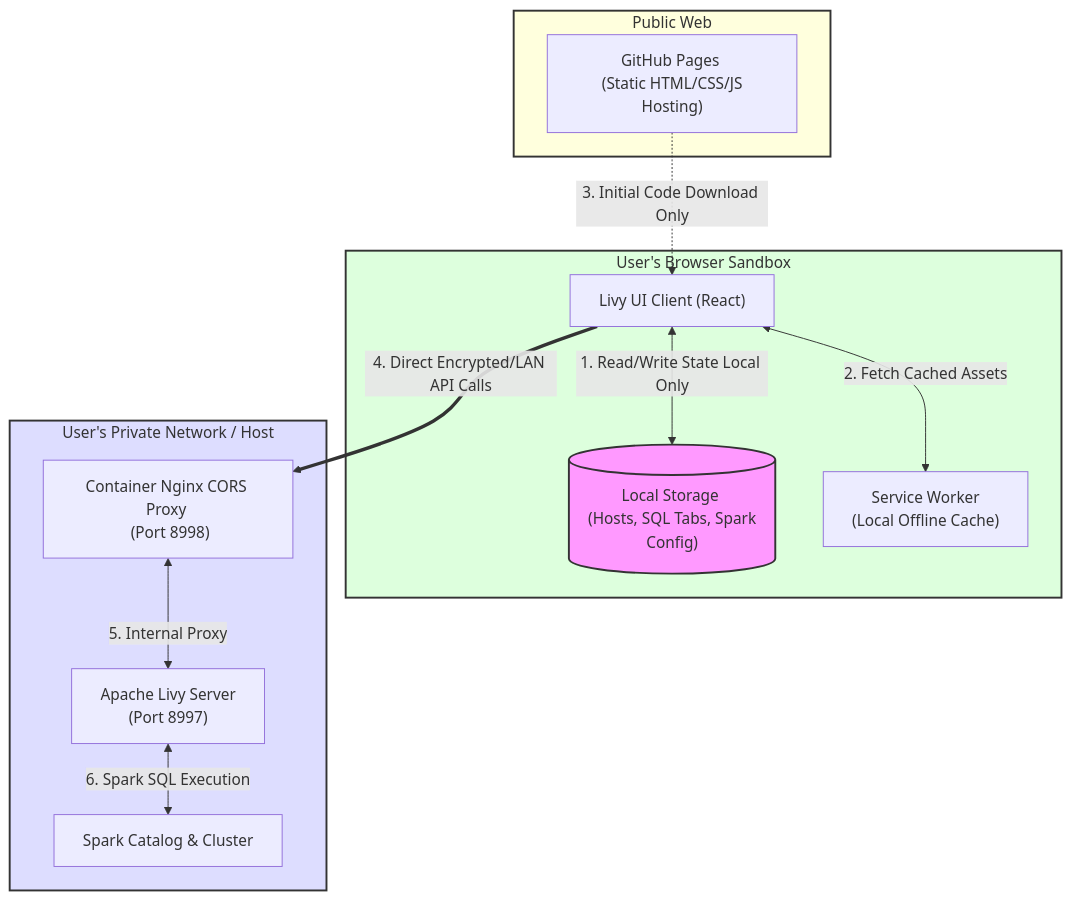
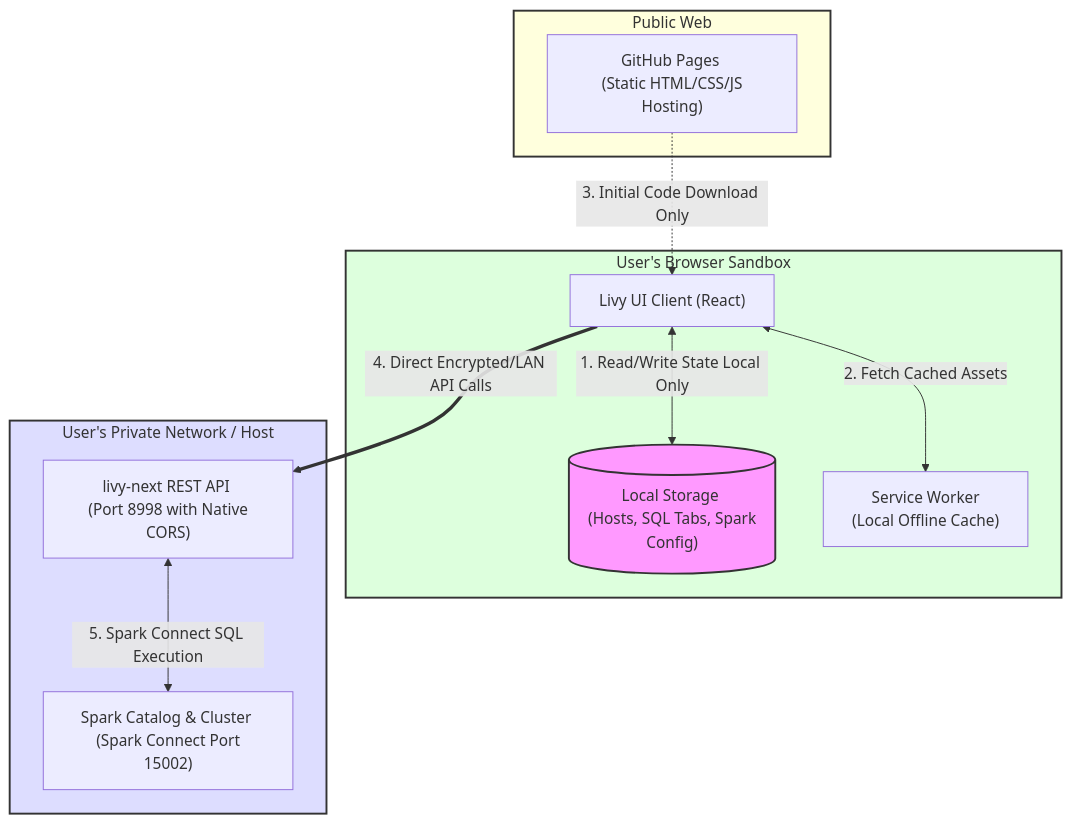
Before and after one commit to ErVijayRaghuwanshi/livy-ui: the diagram in PRIVACY.md, drawn with Mermaid. The commit also changed 2 other files, not shown here.

Commit message:
docs: update README, PRIVACY, and CHANGELOG for livy-next native CORS and unified Spark image

````diff
--- a/PRIVACY.md
+++ b/PRIVACY.md
@@ -11,32 +11,30 @@
 ```mermaid
 graph TD
     subgraph Browser["User's Browser Sandbox"]
         UI["Livy UI Client (React)"]
         LS[("Local Storage <br> (Hosts, SQL Tabs, Spark Config)")]
         SW["Service Worker <br> (Local Offline Cache)"]
     end
 
     subgraph UserInfra["User's Private Network / Host"]
-        Nginx["Container Nginx CORS Proxy <br> (Port 8998)"]
-        Livy["Apache Livy Server <br> (Port 8997)"]
-        Spark["Spark Catalog & Cluster"]
+        LivyNext["livy-next REST API <br> (Port 8998 with Native CORS)"]
+        Spark["Spark Catalog & Cluster <br> (Spark Connect Port 15002)"]
     end
 
     subgraph PublicInternet["Public Web"]
         GH["GitHub Pages <br> (Static HTML/CSS/JS Hosting)"]
     end
 
     %% Data Connections
     UI <-->|1. Read/Write State Local Only| LS
     UI <-->|2. Fetch Cached Assets| SW
     GH -.->|3. Initial Code Download Only| UI
-    UI ==>|4. Direct Encrypted/LAN API Calls| Nginx
-    Nginx <-->|5. Internal Proxy| Livy
-    Livy <-->|6. Spark SQL Execution| Spark
+    UI ==>|4. Direct Encrypted/LAN API Calls| LivyNext
+    LivyNext <-->|5. Spark Connect SQL Execution| Spark
 
     %% Styling
     style LS fill:#f9f,stroke:#333,stroke-width:2px
     style UserInfra fill:#ddf,stroke:#333,stroke-width:2px
     style PublicInternet fill:#ffd,stroke:#333,stroke-width:2px
     style Browser fill:#dfd,stroke:#333,stroke-width:2px
 ```
````
